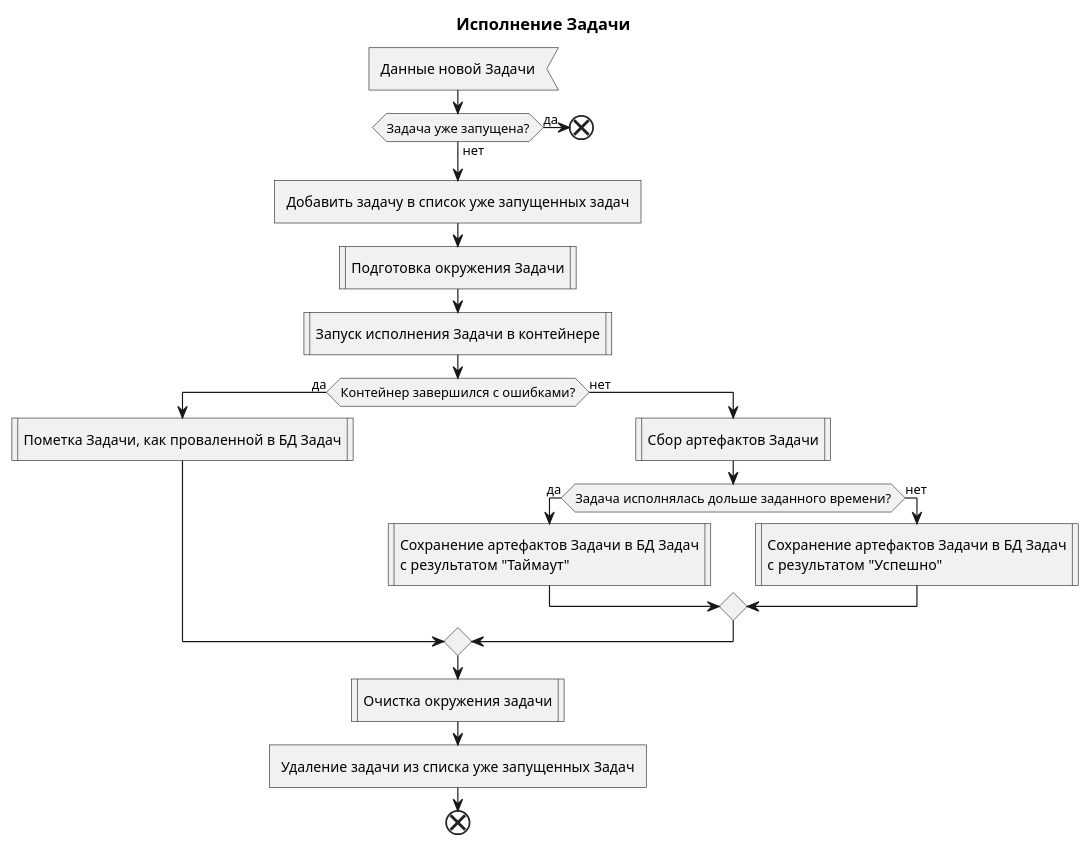
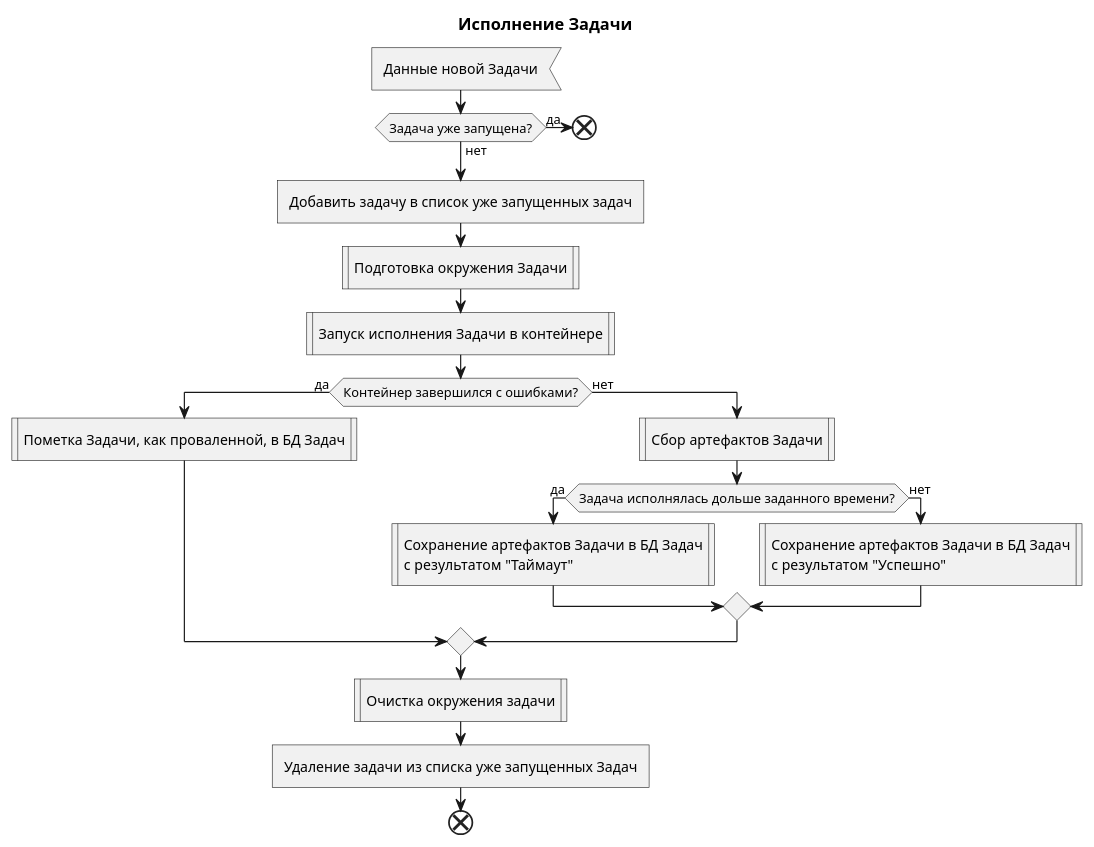
The third of 7 diagrams in docs/diagrams/activity/Job.Worker.puml (mrypdm/JobSystem), drawn with PlantUML before and after one commit. The commit also changed other lines of this file, not shown here.

```diff
--- a/docs/diagrams/activity/Job.Worker.puml
+++ b/docs/diagrams/activity/Job.Worker.puml
@@ -89,32 +89,32 @@
 @startuml Job runner
 
 title Исполнение Задачи
 
 :Данные новой Задачи<
 if (Задача уже запущена?) then (да)
     end
 else (нет)
 endif
 
 :Добавить задачу в список уже запущенных задач]
 :Подготовка окружения Задачи|
 :Запуск исполнения Задачи в контейнере|
 if (Контейнер завершился с ошибками?) then (да)
-    :Пометка Задачи, как проваленной в БД Задач|
+    :Пометка Задачи, как проваленной, в БД Задач|
 else (нет)
     :Сбор артефактов Задачи|
     if (Задача исполнялась дольше заданного времени?) then (да)
         :Сохранение артефактов Задачи в БД Задач
         с результатом "Таймаут"|
     else (нет)
         :Сохранение артефактов Задачи в БД Задач
         с результатом "Успешно"|
     endif
 endif
 
 :Очистка окружения задачи|
 :Удаление задачи из списка уже запущенных Задач]
 
 end
 
 @enduml
```
